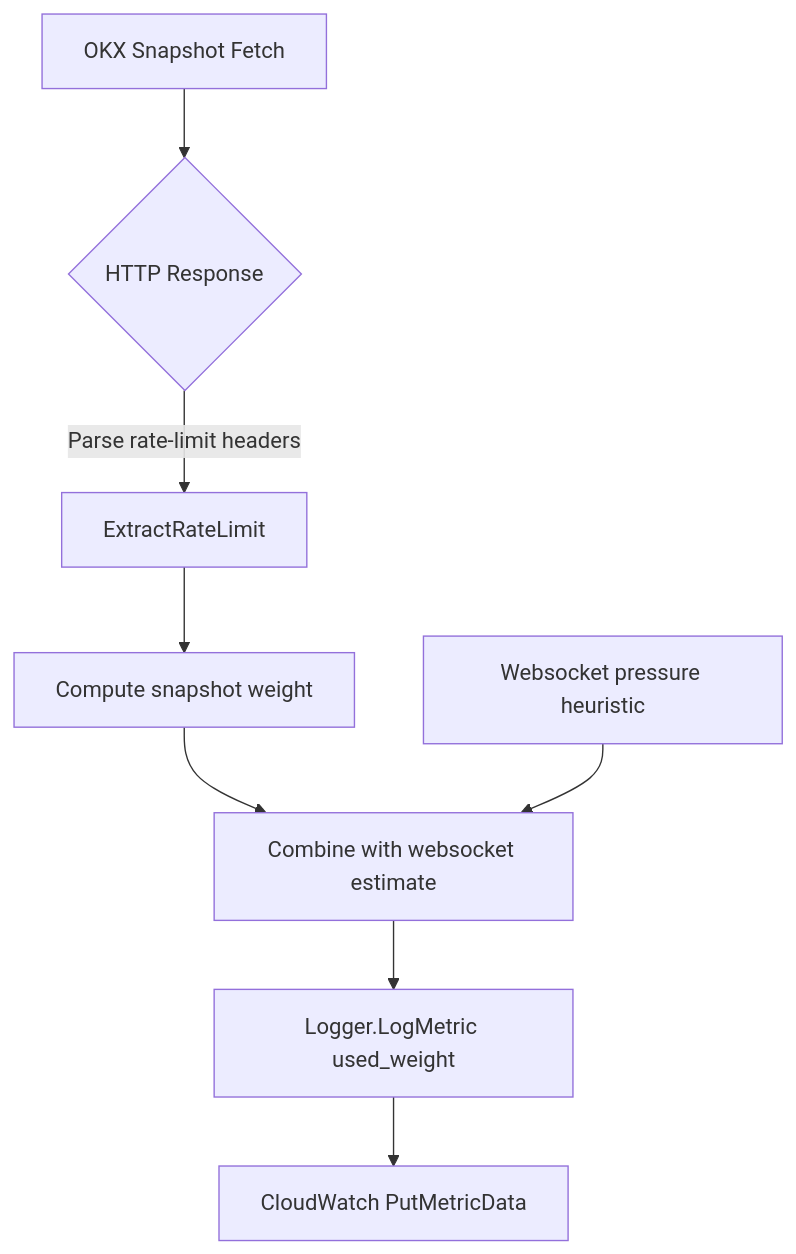
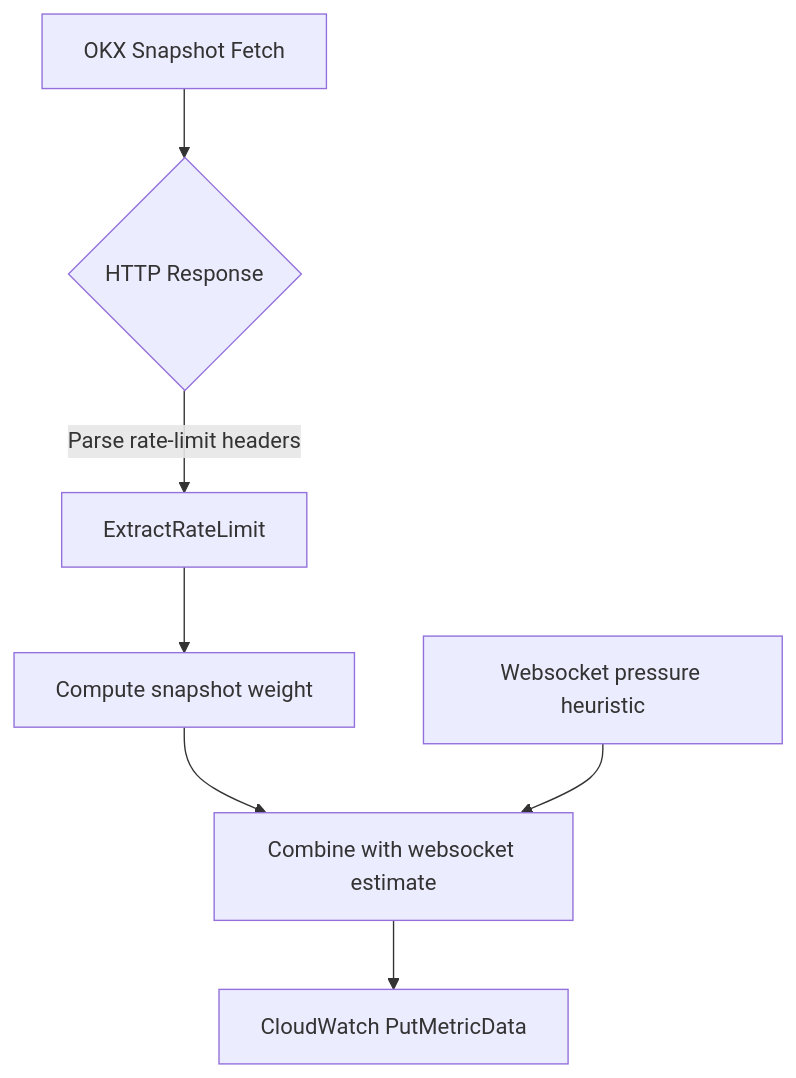
The diagram in docs/metric/okx/used_weight.md (rahjooh/CryptoTrade), drawn with Mermaid before and after one commit. The commit also changed 8 other files, not shown here.

````diff
--- a/docs/metric/okx/used_weight.md
+++ b/docs/metric/okx/used_weight.md
@@ -35,10 +35,9 @@
 ```mermaid
 flowchart TD
     A[OKX Snapshot Fetch] --> B{HTTP Response}
     B -->|Parse rate-limit headers| C[ExtractRateLimit]
     C --> D[Compute snapshot weight]
     D --> F[Combine with websocket estimate]
     E[Websocket pressure heuristic] --> F
-    F --> G[Logger.LogMetric used_weight]
-    G --> H[CloudWatch PutMetricData]
+    F --> H[CloudWatch PutMetricData]
 ```
````
